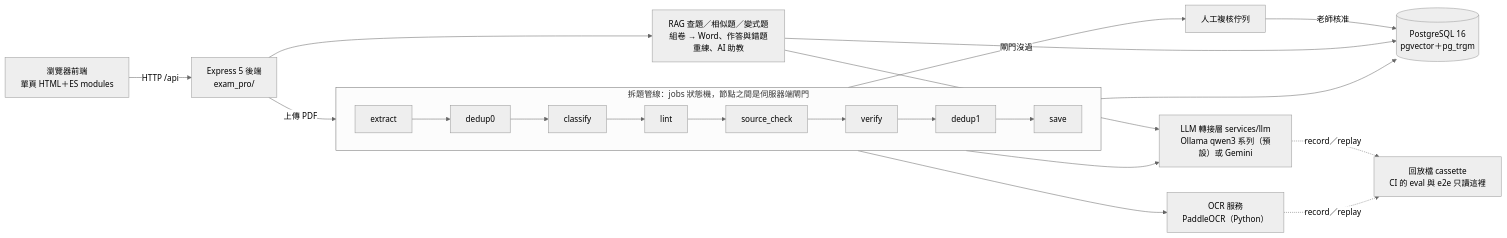
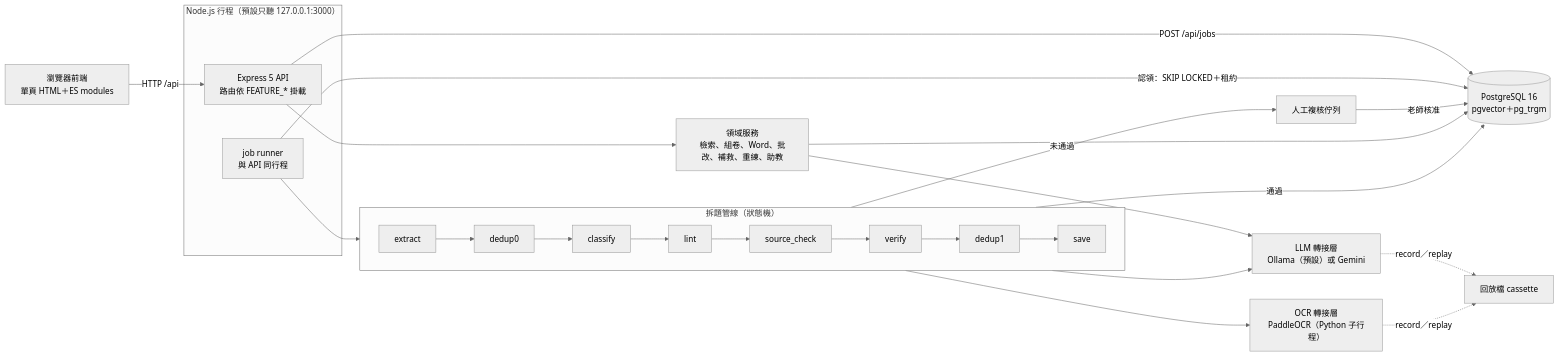
One commit to Tom-Yang-Ben/tutor-exam-bank changed the diagram in README.md. Above: the diagram before and after it, drawn with Mermaid (neutral theme). The commit also changed other lines of this file and 2 other files, not shown here.

````diff
--- a/README.md
+++ b/README.md
@@ -17,19 +47,25 @@
 ```mermaid
 flowchart LR
-    UI["瀏覽器前端<br/>單頁 HTML＋ES modules"] -->|"HTTP /api"| API["Express 5 後端<br/>exam_pro/"]
-    API -->|"上傳 PDF"| PIPE
-    subgraph PIPE["拆題管線：jobs 狀態機，節點之間是伺服器端閘門"]
+    UI["瀏覽器前端<br/>單頁 HTML＋ES modules"] -->|"HTTP /api"| API
+    subgraph PROC["Node.js 行程（預設只聽 127.0.0.1:3000）"]
+        API["Express 5 API<br/>路由依 FEATURE_* 掛載"]
+        RUN["job runner<br/>與 API 同行程"]
+    end
+    API -->|"POST /api/jobs"| DB
+    RUN -->|"認領：SKIP LOCKED＋租約"| DB[("PostgreSQL 16<br/>pgvector＋pg_trgm")]
+    RUN --> PIPE
+    subgraph PIPE["拆題管線（狀態機）"]
         direction LR
         N1["extract"] --> N2["dedup0"] --> N3["classify"] --> N4["lint"] --> N5["source_check"] --> N6["verify"] --> N7["dedup1"] --> N8["save"]
     end
-    N8 --> DB[("PostgreSQL 16<br/>pgvector＋pg_trgm")]
-    PIPE -->|"閘門沒過"| REV["人工複核佇列"]
+    PIPE -->|"通過"| DB
+    PIPE -->|"未通過"| REV["人工複核佇列"]
     REV -->|"老師核准"| DB
-    API --> APP["RAG 查題／相似題／變式題<br/>組卷 → Word、作答與錯題重練、AI 助教"]
-    APP --> DB
-    N1 --> OCR["OCR 服務<br/>PaddleOCR（Python）"]
-    PIPE --> LLM["LLM 轉接層 services/llm<br/>Ollama qwen3 系列（預設）或 Gemini"]
-    APP --> LLM
-    LLM -.->|"record／replay"| CAS["回放檔 cassette<br/>CI 的 eval 與 e2e 只讀這裡"]
+    API --> SVC["領域服務<br/>檢索、組卷、Word、批改、補救、重練、助教"]
+    SVC --> DB
+    N1 --> OCR["OCR 轉接層<br/>PaddleOCR（Python 子行程）"]
+    PIPE --> LLM["LLM 轉接層<br/>Ollama（預設）或 Gemini"]
+    SVC --> LLM
+    LLM -.->|"record／replay"| CAS["回放檔 cassette"]
     OCR -.->|"record／replay"| CAS
 ```
````
